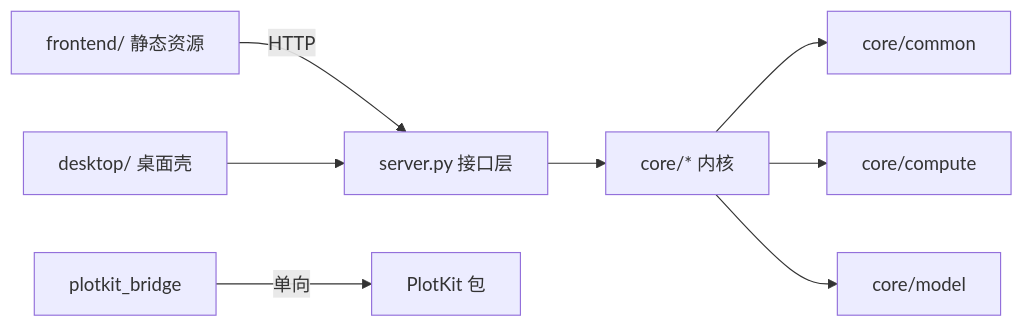
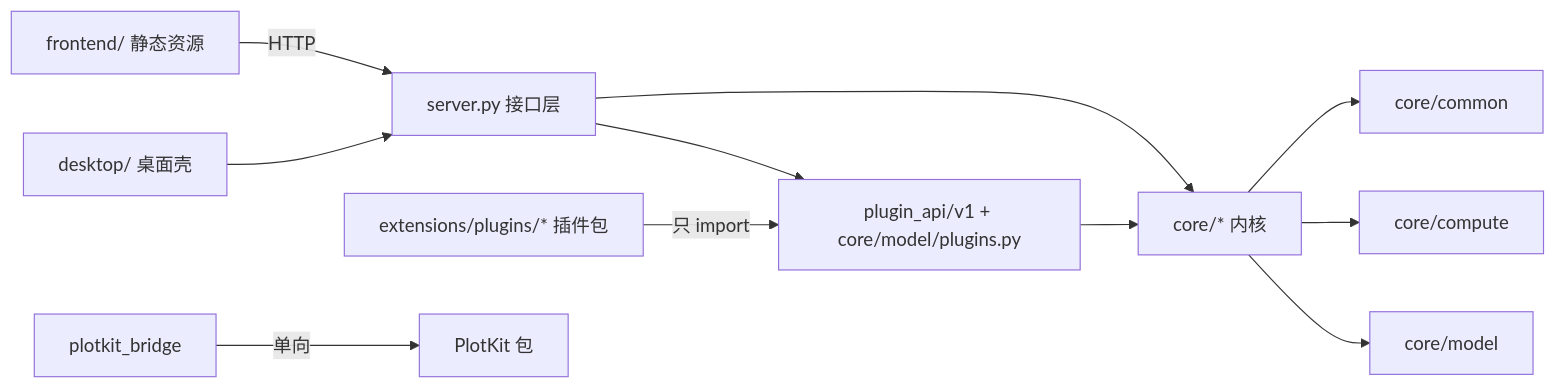
Before and after one commit to qgfn106-blip/NetLab: the diagram in ARCHITECTURE.md, drawn with Mermaid. The commit also changed other lines of this file and 35 other files, not shown here.

Commit message:
feat: complete R40 plugin architecture and document rebuild

````diff
--- a/ARCHITECTURE.md
+++ b/ARCHITECTURE.md
@@ -181,10 +195,13 @@
 ```mermaid
 graph LR
   FE[frontend/ 静态资源] -->|HTTP| API[server.py 接口层]
   API --> CORE[core/* 内核]
+  API --> PLUGINS[plugin_api/v1 + core/model/plugins.py]
+  PLUGINS --> CORE
+  PLUGINPKG[extensions/plugins/* 插件包] -->|只 import| PLUGINS
   SHELL[desktop/ 桌面壳] --> API
   BRIDGE[plotkit_bridge] -->|单向| PK[PlotKit 包]
   CORE --> COMMON[core/common]
   CORE --> COMPUTE[core/compute]
   CORE --> MODEL[core/model]
 ```
````
